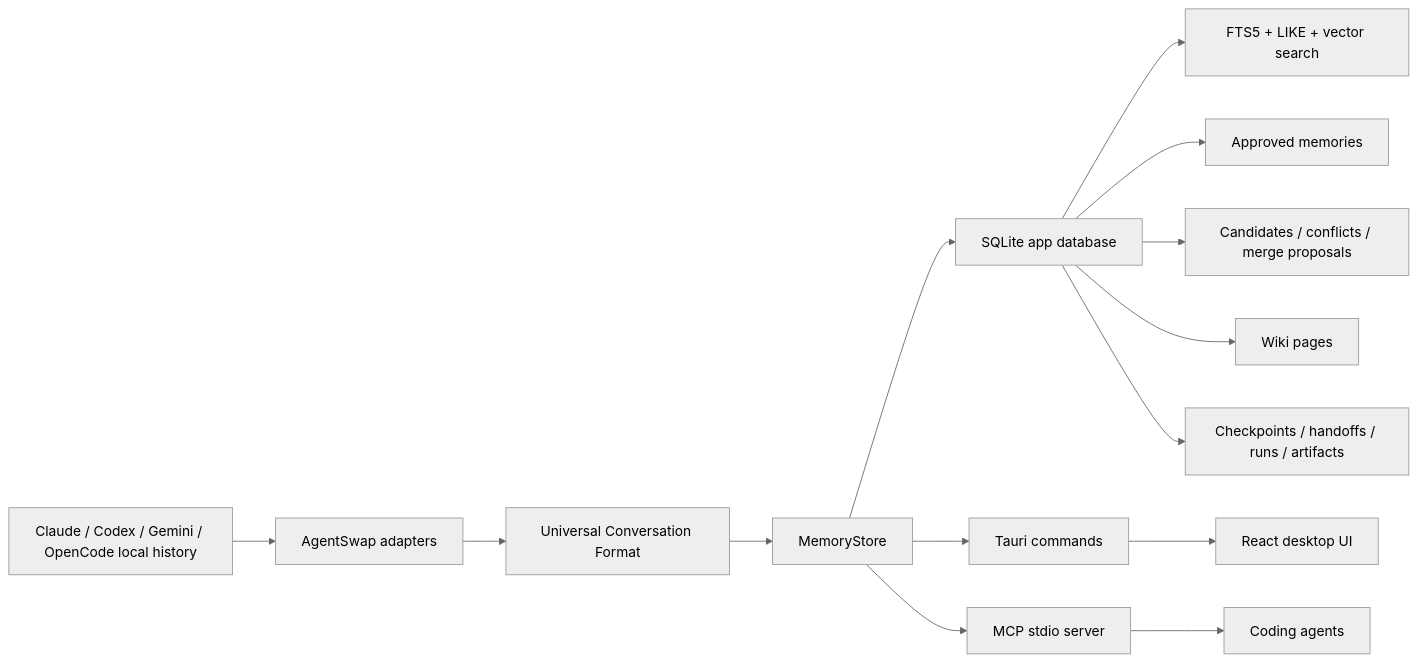
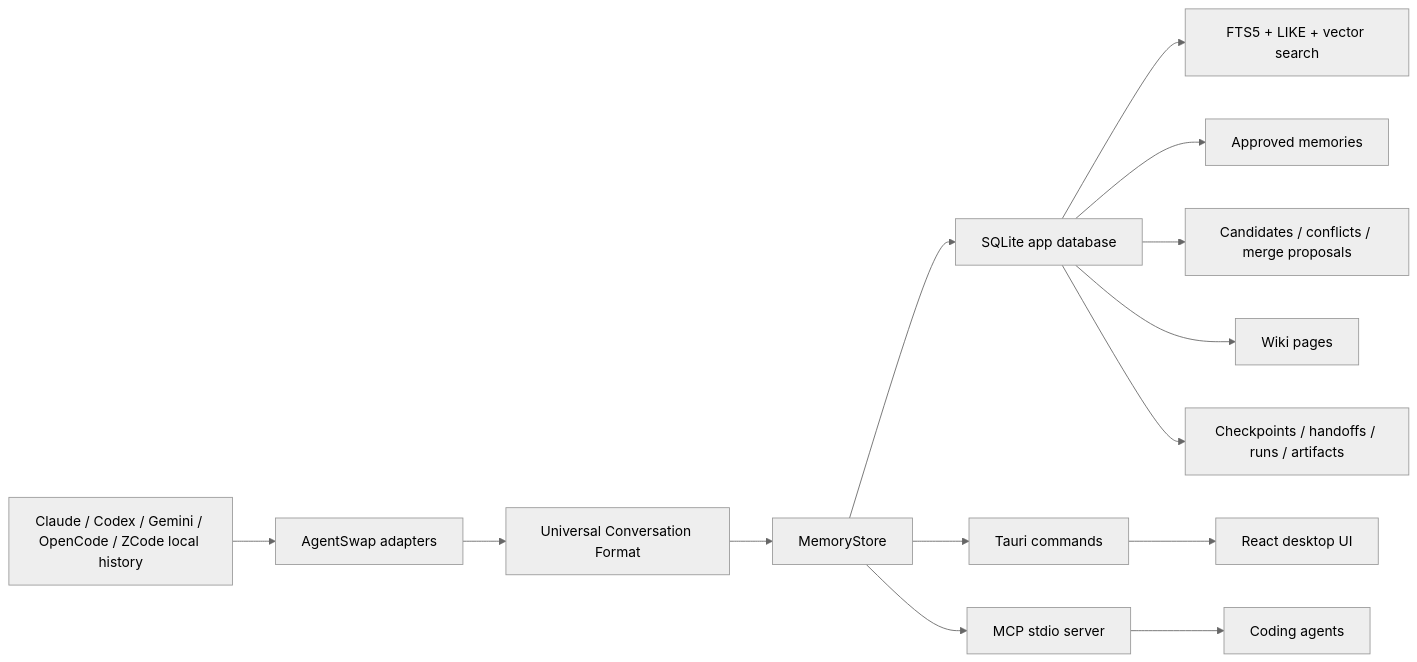
One commit to Rimagination/ChatMem changed the diagram in docs/CHATMEM_ARCHITECTURE_AND_FEATURES.md. Above: the diagram before and after it, drawn with Mermaid (neutral theme). The commit also changed other lines of this file and 1 other file, not shown here.

````diff
--- a/docs/CHATMEM_ARCHITECTURE_AND_FEATURES.md
+++ b/docs/CHATMEM_ARCHITECTURE_AND_FEATURES.md
@@ -15,16 +15,16 @@
 ```mermaid
 flowchart LR
-  A["Claude / Codex / Gemini / OpenCode local history"] --> B["AgentSwap adapters"]
+  A["Claude / Codex / Gemini / OpenCode / ZCode local history"] --> B["AgentSwap adapters"]
   B --> C["Universal Conversation Format"]
   C --> D["MemoryStore"]
   D --> E["SQLite app database"]
   E --> F["FTS5 + LIKE + vector search"]
   E --> G["Approved memories"]
   E --> H["Candidates / conflicts / merge proposals"]
   E --> I["Wiki pages"]
   E --> J["Checkpoints / handoffs / runs / artifacts"]
   D --> K["Tauri commands"]
   D --> L["MCP stdio server"]
   K --> M["React desktop UI"]
   L --> N["Coding agents"]
 ```
````
